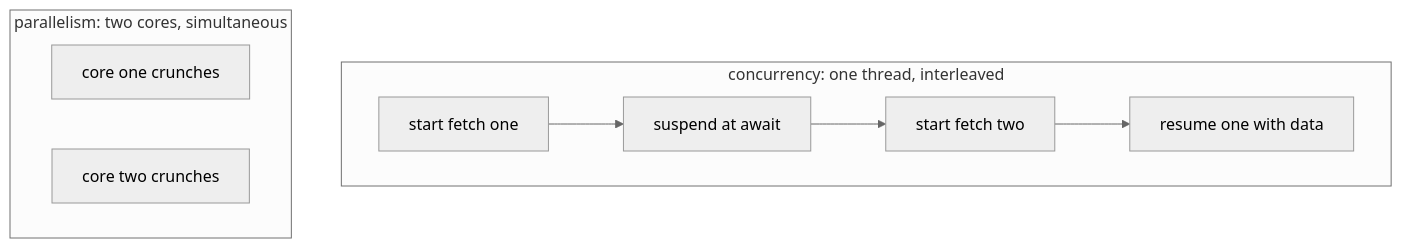
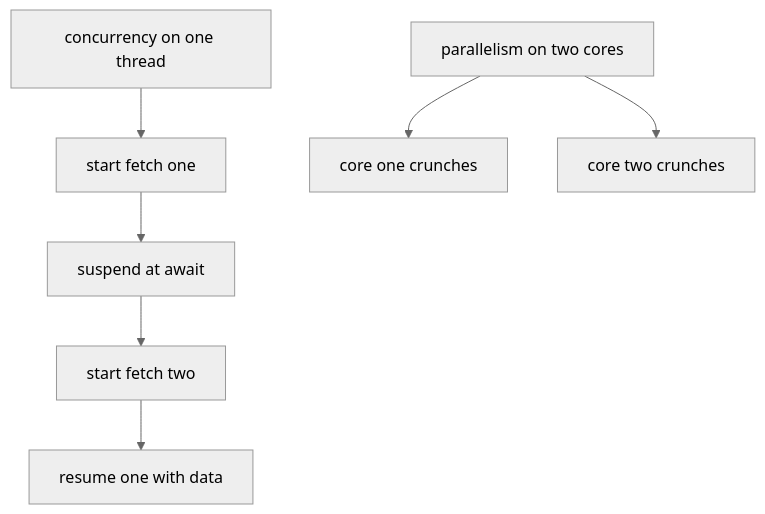
Before and after one commit to AslamNazeerShaikh/Python-Material: the first of 6 diagrams in docs/learning/15-asyncio.md, drawn with Mermaid (neutral theme). The commit also changed other lines of this file and 16 other files, not shown here.

Commit message:
docs(learning): rebuild all mermaid in safe subset

````diff
--- a/docs/learning/15-asyncio.md
+++ b/docs/learning/15-asyncio.md
@@ -38,16 +38,17 @@
 ```mermaid
 flowchart TD
-    subgraph CONC["concurrency: one thread, interleaved"]
-        A1["start fetch one"]
-        A2["suspend at await"]
-        A3["start fetch two"]
-        A4["resume one with data"]
-    end
-    subgraph PAR["parallelism: two cores, simultaneous"]
-        B1["core one crunches"]
-        B2["core two crunches"]
-    end
-    A1 --> A2
-    A2 --> A3
-    A3 --> A4
+    CONC[concurrency on one thread]
+    C1[start fetch one]
+    C2[suspend at await]
+    C3[start fetch two]
+    C4[resume one with data]
+    PAR[parallelism on two cores]
+    P1[core one crunches]
+    P2[core two crunches]
+    CONC --> C1
+    C1 --> C2
+    C2 --> C3
+    C3 --> C4
+    PAR --> P1
+    PAR --> P2
 ```
````
